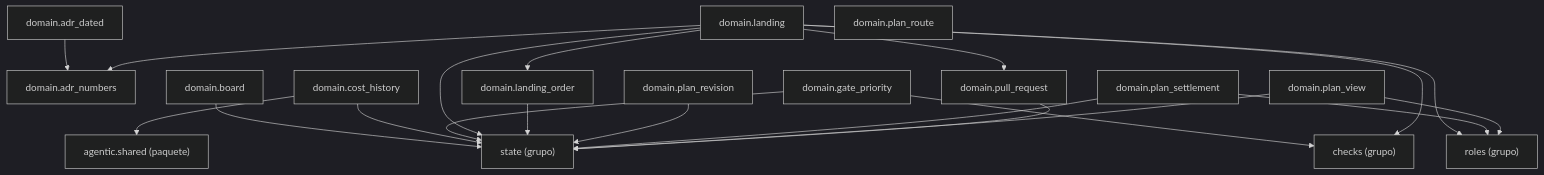
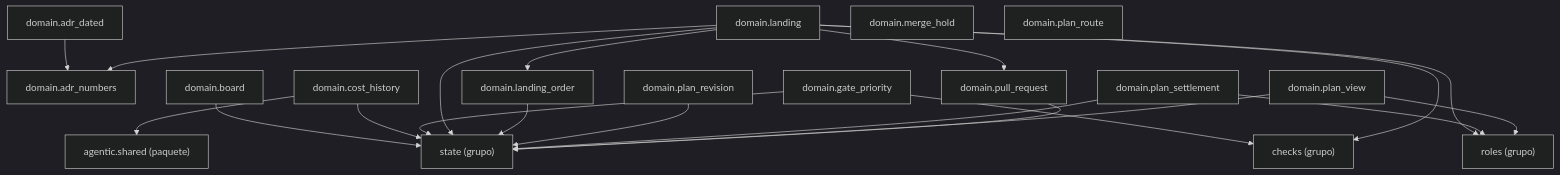
The diagram in docs/architecture/generated/packages-process-domain-landing.md (GonzaloZevallos/agentic-system), drawn with Mermaid (dark theme) before and after one commit. The commit also changed 1 other file, not shown here.

Commit message:
Place domain.merge_hold in the landing docs cluster
The docs generator refuses a process module with no cluster; the regenerated landing page lists it.

````diff
--- a/docs/architecture/generated/packages-process-domain-landing.md
+++ b/docs/architecture/generated/packages-process-domain-landing.md
@@ -12,38 +12,39 @@
 ```mermaid
 graph TD
     g_domain__checks["checks (grupo)"]
     g_domain__roles["roles (grupo)"]
     g_domain__state["state (grupo)"]
     g_pkg__agentic__shared["agentic.shared (paquete)"]
     m_domain__adr_dated["domain.adr_dated"]
     m_domain__adr_numbers["domain.adr_numbers"]
     m_domain__board["domain.board"]
     m_domain__cost_history["domain.cost_history"]
     m_domain__gate_priority["domain.gate_priority"]
     m_domain__landing["domain.landing"]
     m_domain__landing_order["domain.landing_order"]
+    m_domain__merge_hold["domain.merge_hold"]
     m_domain__plan_revision["domain.plan_revision"]
     m_domain__plan_route["domain.plan_route"]
     m_domain__plan_settlement["domain.plan_settlement"]
     m_domain__plan_view["domain.plan_view"]
     m_domain__pull_request["domain.pull_request"]
     m_domain__adr_dated --> m_domain__adr_numbers
     m_domain__board --> g_domain__state
     m_domain__cost_history --> g_domain__state
     m_domain__cost_history --> g_pkg__agentic__shared
     m_domain__gate_priority --> g_domain__checks
     m_domain__gate_priority --> g_domain__state
     m_domain__landing --> g_domain__checks
     m_domain__landing --> g_domain__roles
     m_domain__landing --> g_domain__state
     m_domain__landing --> m_domain__adr_numbers
     m_domain__landing --> m_domain__landing_order
     m_domain__landing --> m_domain__pull_request
     m_domain__landing_order --> g_domain__state
     m_domain__plan_revision --> g_domain__state
     m_domain__plan_settlement --> g_domain__roles
     m_domain__plan_settlement --> g_domain__state
     m_domain__plan_view --> g_domain__roles
     m_domain__plan_view --> g_domain__state
     m_domain__pull_request --> g_domain__state
 ```
````
